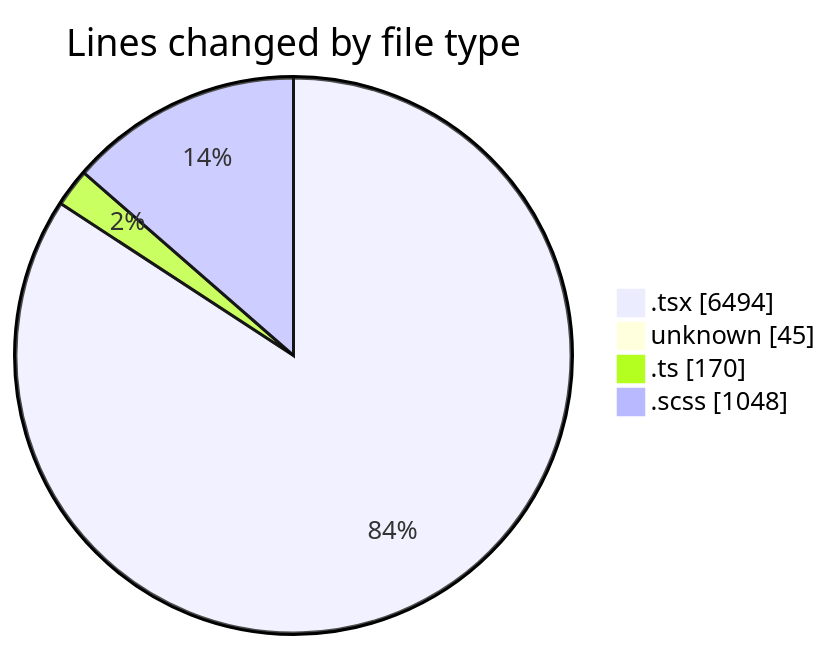
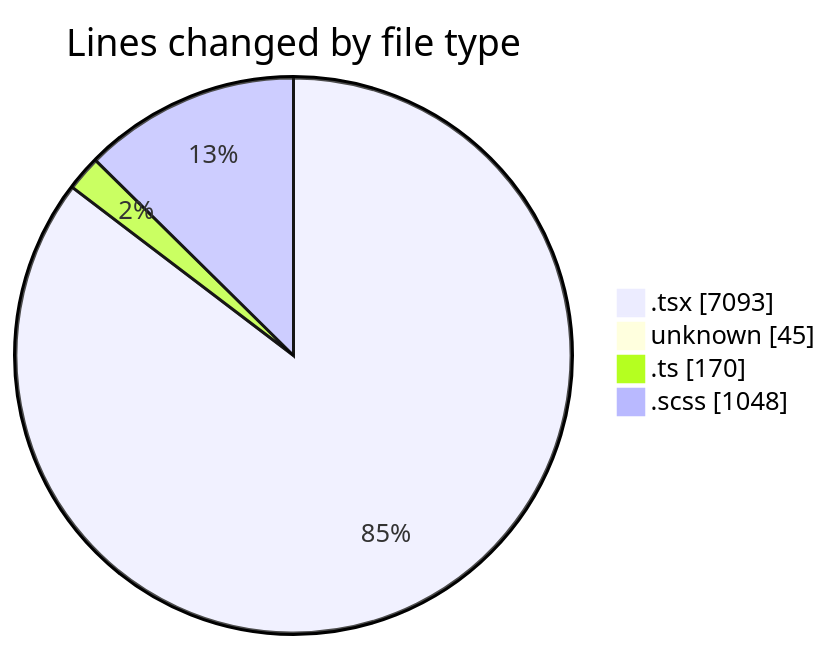
The first of 2 diagrams in 2025-09-01/cda/README.md (momahboobian/code-tracking), drawn with Mermaid before and after one commit. The commit also changed other lines of this file and 1 other file, not shown here.

````diff
--- a/2025-09-01/cda/README.md
+++ b/2025-09-01/cda/README.md
@@ -32,8 +33,8 @@
 ```mermaid
 pie showData
 title Lines changed by file type
-".tsx" : 6494
+".tsx" : 7093
 "unknown" : 45
 ".ts" : 170
 ".scss" : 1048
 ```
````
